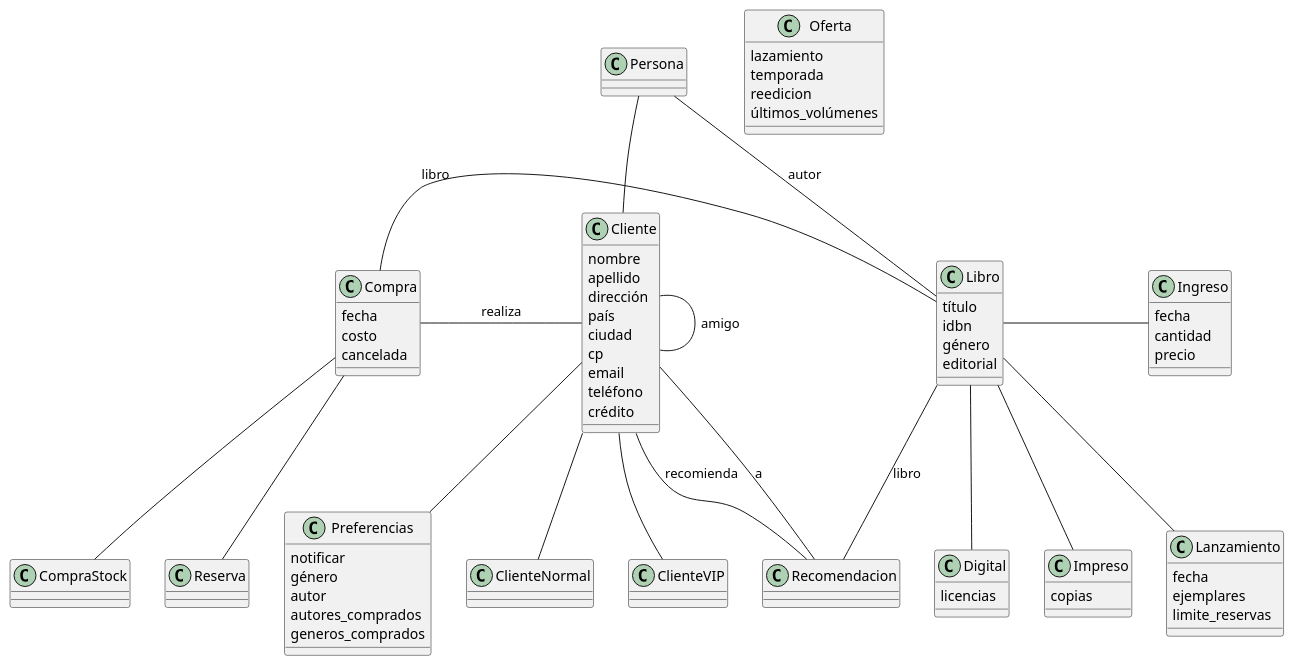
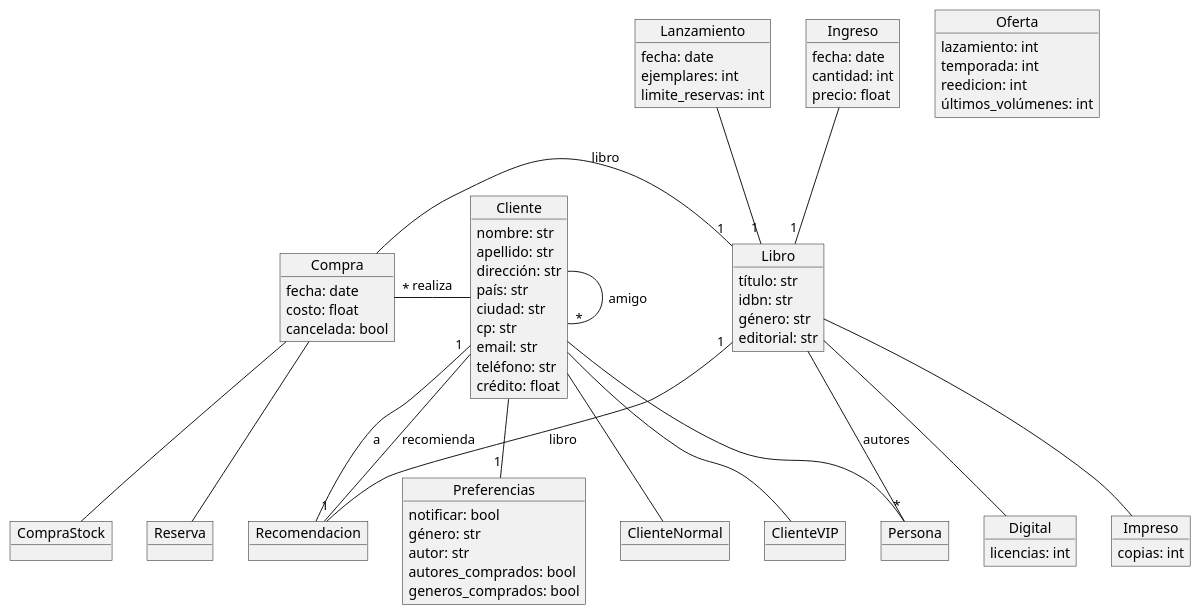
The diagram in tp1/modelo-de-dominio.plantuml (pablodanielrey/dsbm), drawn with PlantUML before and after one commit.

Commit message:
cambie a objetos todos las clases. asi es mas coherente con el modelo de dominio

```diff
--- a/tp1/modelo-de-dominio.plantuml
+++ b/tp1/modelo-de-dominio.plantuml
@@ -1,99 +1,101 @@
 @startuml
 
-together {
-    class Persona
-    class Cliente {
-        nombre
-        apellido
-        dirección
-        país
-        ciudad
-        cp
-        email
-        teléfono
-        crédito
-    }
-    class ClienteNormal
-    Class ClienteVIP
+object Oferta {
+    lazamiento: int
+    temporada: int
+    reedicion: int
+    últimos_volúmenes: int
 }
 
-class Preferencias {
-    notificar
-    género
-    autor
-    autores_comprados
-    generos_comprados
+
+together {
+    object Persona
+    object Cliente {
+        nombre: str
+        apellido: str
+        dirección: str
+        país: str
+        ciudad: str
+        cp: str
+        email: str
+        teléfono: str
+        crédito: float
+    }
+    object ClienteNormal
+    object ClienteVIP
+}
+
+object Preferencias {
+    notificar: bool
+    género: str
+    autor: str
+    autores_comprados: bool
+    generos_comprados: bool
 }
 
 together {
-    class Libro {
-        título
-        idbn
-        género
-        editorial
+    object Libro {
+        título: str
+        idbn: str
+        género: str
+        editorial: str
     }
-    class Digital {
-        licencias
+    object Digital {
+        licencias: int
     }
-    class Impreso {
-        copias
+    object Impreso {
+        copias: int
     }
 }
 
 
-class Lanzamiento {
-    fecha
-    ejemplares
-    limite_reservas
+object Lanzamiento {
+    fecha: date
+    ejemplares: int
+    limite_reservas: int
 }
 
-class Compra {
-    fecha
-    costo
-    cancelada
+object Compra {
+    fecha: date
+    costo: float
+    cancelada: bool
 }
-class CompraStock {
+object CompraStock {
 }
-class Reserva {
+object Reserva {
 }
 
 
-class Ingreso {
-    fecha
-    cantidad
-    precio
+object Ingreso {
+    fecha: date
+    cantidad: int
+    precio: float
 }
 
-class Oferta {
-    lazamiento
-    temporada
-    reedicion
-    últimos_volúmenes
-}
 
-class Recomendacion
+object Recomendacion
 
-Compra - Libro : libro
+Compra - "1" Libro : libro
 Compra -d- CompraStock
 Compra -d- Reserva
 
 
-Libro -- Persona : autor
+Libro -- "*" Persona : autores
 Persona -d- Cliente
 Cliente -d- ClienteNormal
 Cliente -d- ClienteVIP
 
-Cliente -l- Compra : realiza
-Cliente -d- Preferencias
-Cliente - Cliente : amigo
-Cliente -d- Recomendacion : recomienda
-Cliente -d- Recomendacion : a
-Recomendacion - Libro : libro
+Cliente -l- "*" Compra : realiza
+Cliente -d- "1" Preferencias
+Cliente - "*" Cliente : amigo
+Cliente -d- "1" Recomendacion : recomienda
+Recomendacion -u- "1" Cliente : a
+Recomendacion -l- "1" Libro : libro
 
 Libro -d- Digital
 Libro -d- Impreso
-Libro -d- Lanzamiento
-Libro - Ingreso
 
+Ingreso -d- "1" Libro
+Lanzamiento -d- "1" Libro
 
 @enduml
```
